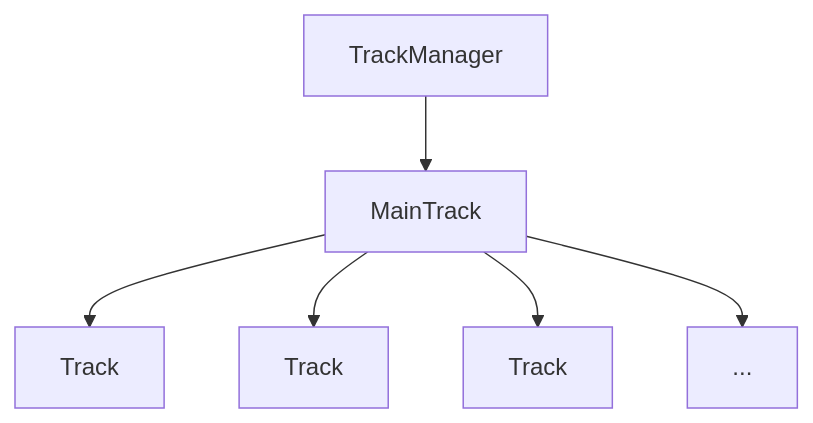
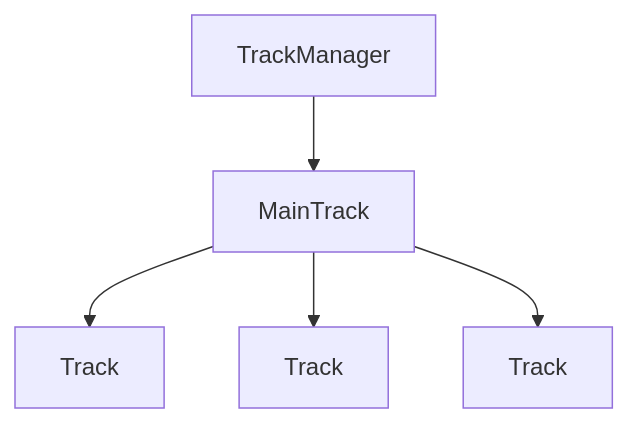
Before and after one commit to aidan-clyens/miniaudioengine: the fifth of 18 diagrams in docs/DESIGN_DOC.md, drawn with Mermaid. The commit also changed other lines of this file, not shown here.

````diff
--- a/docs/DESIGN_DOC.md
+++ b/docs/DESIGN_DOC.md
@@ -191,11 +189,10 @@
 ```mermaid
 graph TD
 
     TrackManager
 
     TrackManager --> MainTrack
     MainTrack --> T1["Track"]
     MainTrack --> T2["Track"]
     MainTrack --> T3["Track"]
-    MainTrack --> T4["..."]
 ```
````
